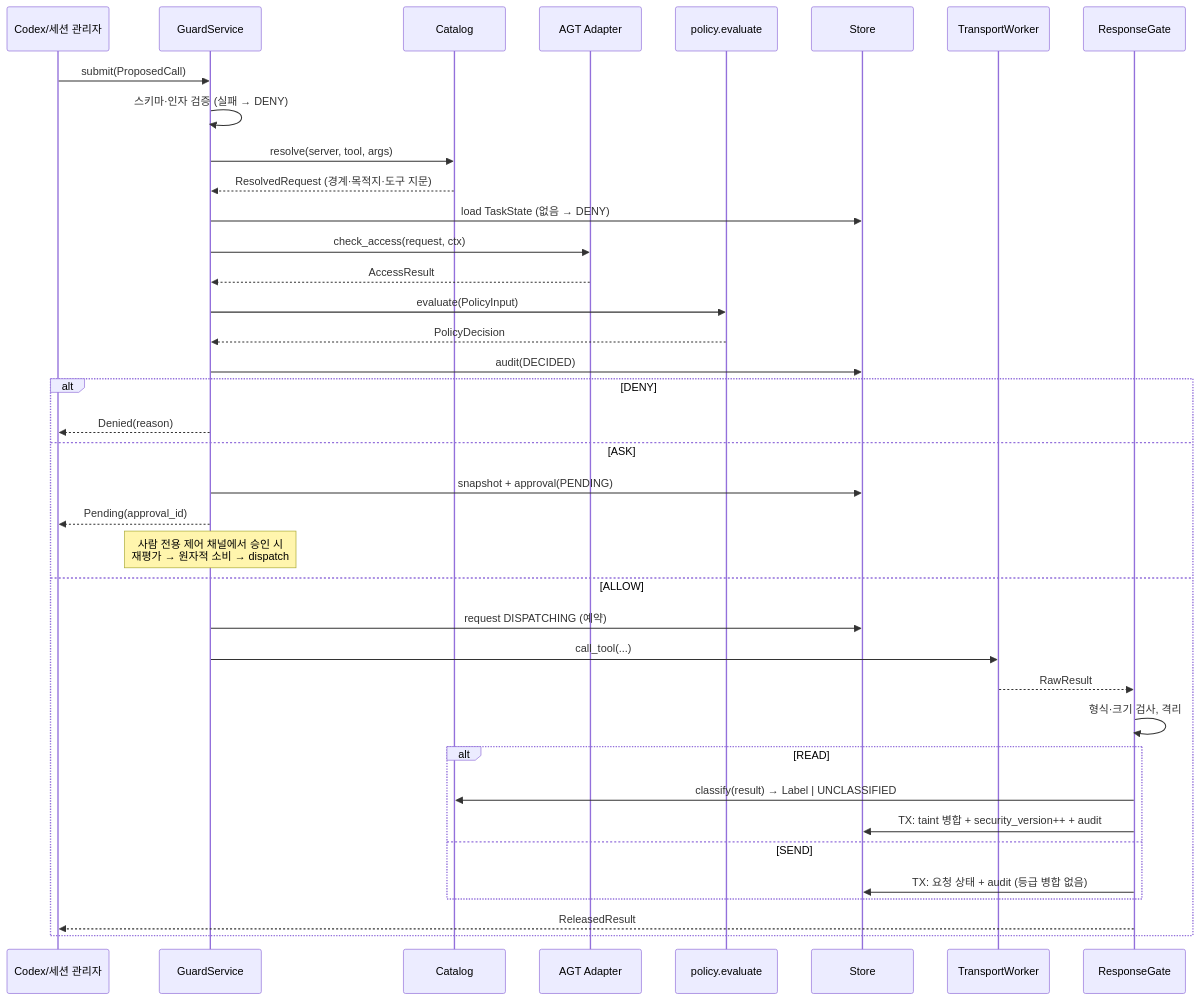
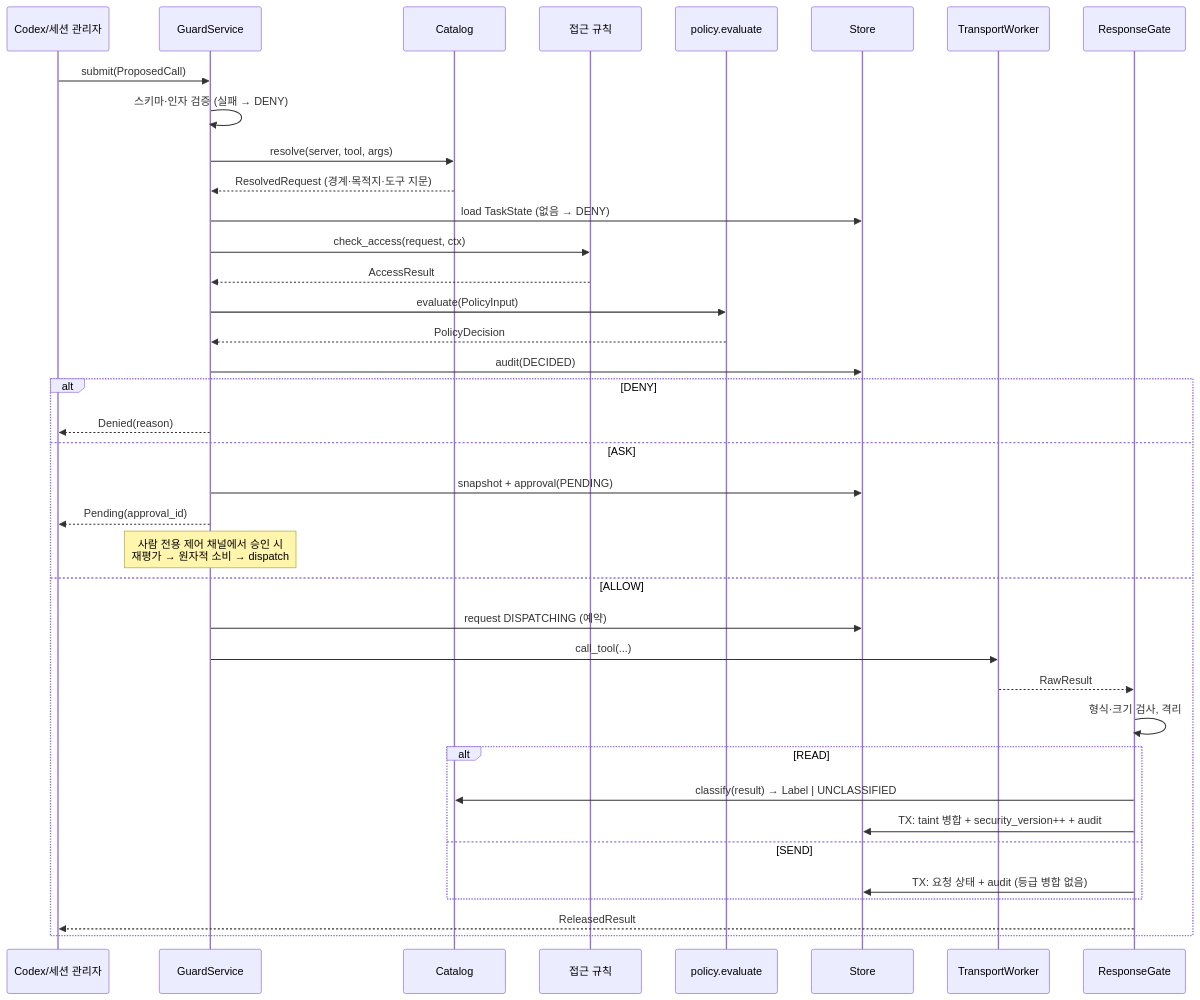
The second of 5 diagrams in docs/technical-design.md (hsminu/MCP-Runtime-Guard), drawn with Mermaid before and after one commit. The commit also changed other lines of this file and 1 other file, not shown here.

````diff
--- a/docs/technical-design.md
+++ b/docs/technical-design.md
@@ -196,41 +196,41 @@
 ```mermaid
 sequenceDiagram
     participant M as Codex/세션 관리자
     participant G as GuardService
     participant C as Catalog
-    participant A as AGT Adapter
+    participant A as 접근 규칙
     participant P as policy.evaluate
     participant S as Store
     participant T as TransportWorker
     participant R as ResponseGate
 
     M->>G: submit(ProposedCall)
     G->>G: 스키마·인자 검증 (실패 → DENY)
     G->>C: resolve(server, tool, args)
     C-->>G: ResolvedRequest (경계·목적지·도구 지문)
     G->>S: load TaskState (없음 → DENY)
     G->>A: check_access(request, ctx)
     A-->>G: AccessResult
     G->>P: evaluate(PolicyInput)
     P-->>G: PolicyDecision
     G->>S: audit(DECIDED)
     alt DENY
         G-->>M: Denied(reason)
     else ASK
         G->>S: snapshot + approval(PENDING)
         G-->>M: Pending(approval_id)
         Note over G: 사람 전용 제어 채널에서 승인 시<br/>재평가 → 원자적 소비 → dispatch
     else ALLOW
         G->>S: request DISPATCHING (예약)
         G->>T: call_tool(...)
         T-->>R: RawResult
         R->>R: 형식·크기 검사, 격리
         alt READ
             R->>C: classify(result) → Label | UNCLASSIFIED
             R->>S: TX: taint 병합 + security_version++ + audit
         else SEND
             R->>S: TX: 요청 상태 + audit (등급 병합 없음)
         end
         R-->>M: ReleasedResult
     end
 ```
````
